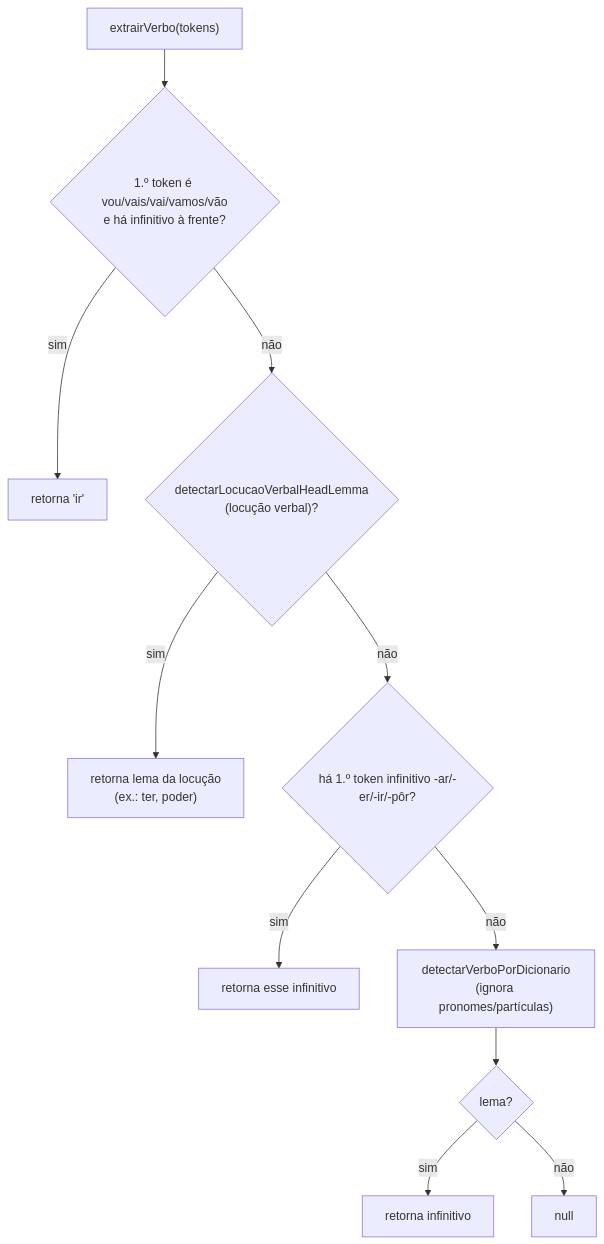
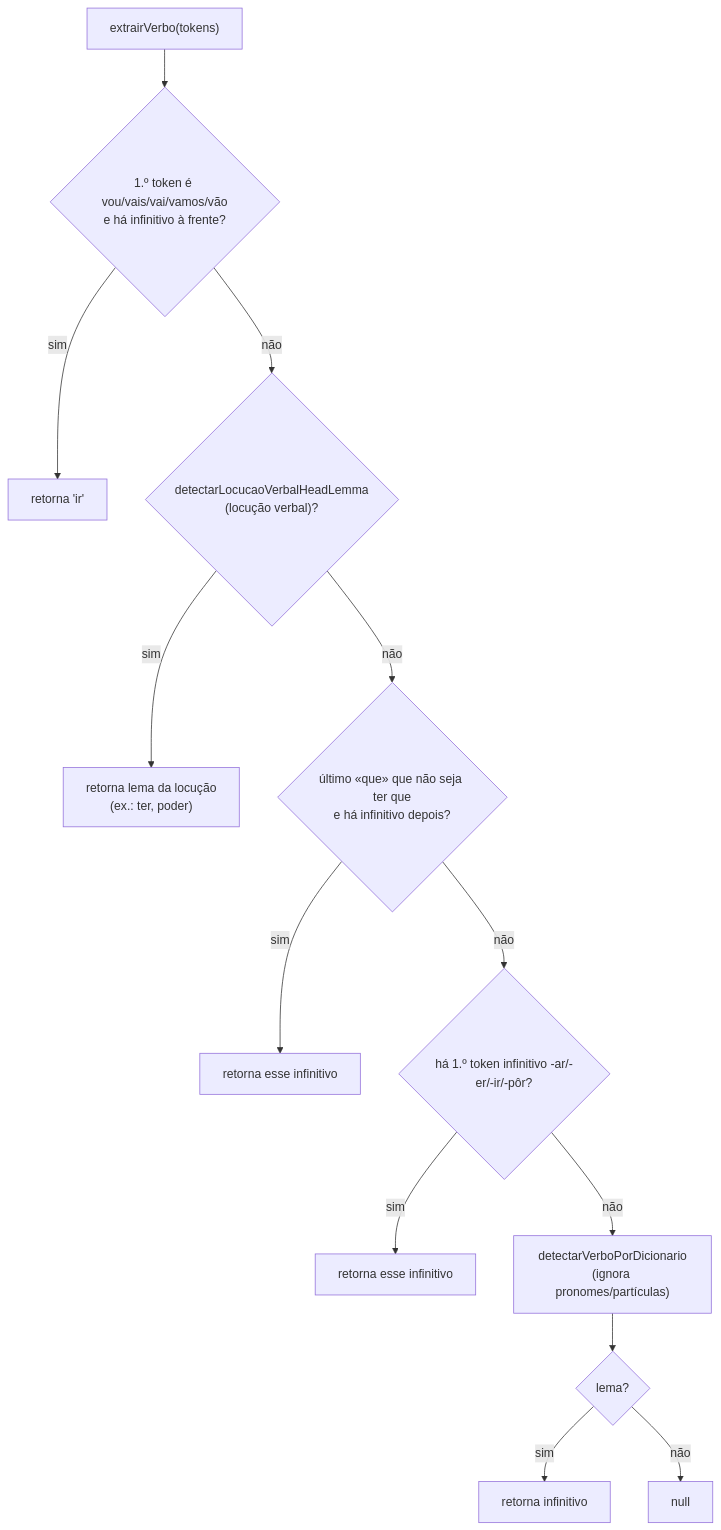
One commit to aac-ai-lab/conjug.ai changed the second of 6 diagrams in docs/diagrama.md. Above: the diagram before and after it, drawn with Mermaid. The commit also changed other lines of this file and 13 other files, not shown here.

````diff
--- a/docs/diagrama.md
+++ b/docs/diagrama.md
@@ -33,13 +33,15 @@
 ```mermaid
 flowchart TD
   X["extrairVerbo(tokens)"] --> C{"1.º token é vou/vais/vai/vamos/vão<br/>e há infinitivo à frente?"}
   C -->|sim| D["retorna 'ir'"]
   C -->|não| L{"detectarLocucaoVerbalHeadLemma<br/>(locução verbal)?"}
   L -->|sim| LEM["retorna lema da locução<br/>(ex.: ter, poder)"]
-  L -->|não| A{"há 1.º token infinitivo -ar/-er/-ir/-pôr?"}
+  L -->|não| Q{"último «que» que não seja ter que<br/>e há infinitivo depois?"}
+  Q -->|sim| QI["retorna esse infinitivo"]
+  Q -->|não| A{"há 1.º token infinitivo -ar/-er/-ir/-pôr?"}
   A -->|sim| B["retorna esse infinitivo"]
   A -->|não| E["detectarVerboPorDicionario<br/>(ignora pronomes/partículas)"]
   E --> F{lema?}
   F -->|sim| G["retorna infinitivo"]
   F -->|não| H["null"]
 ```
````
